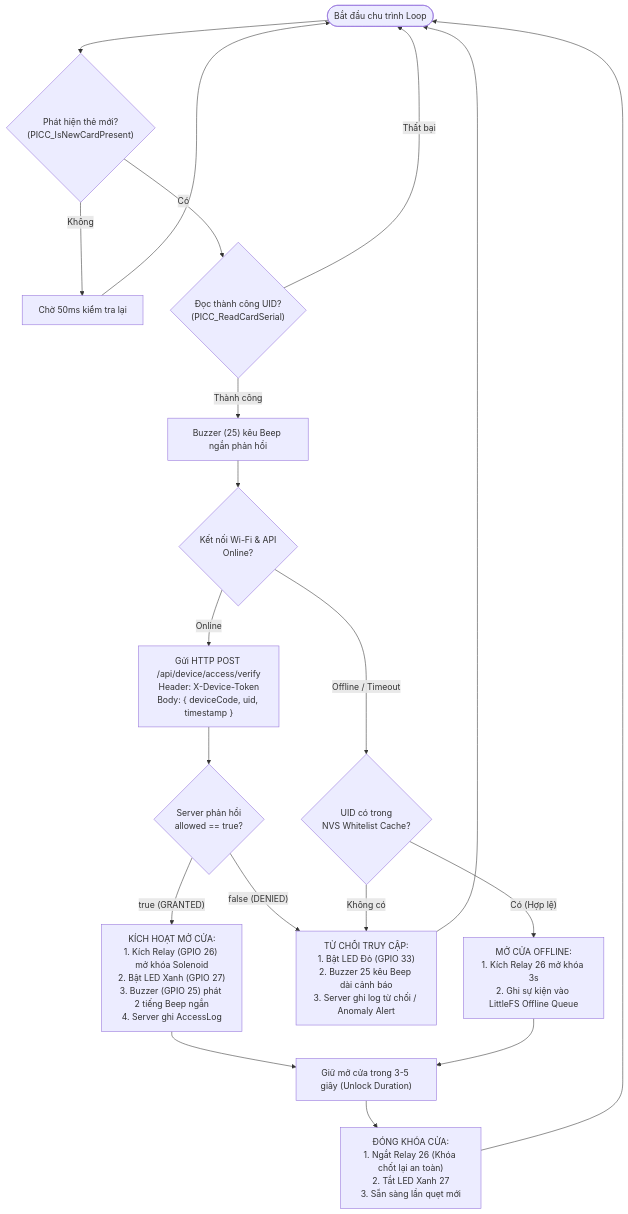
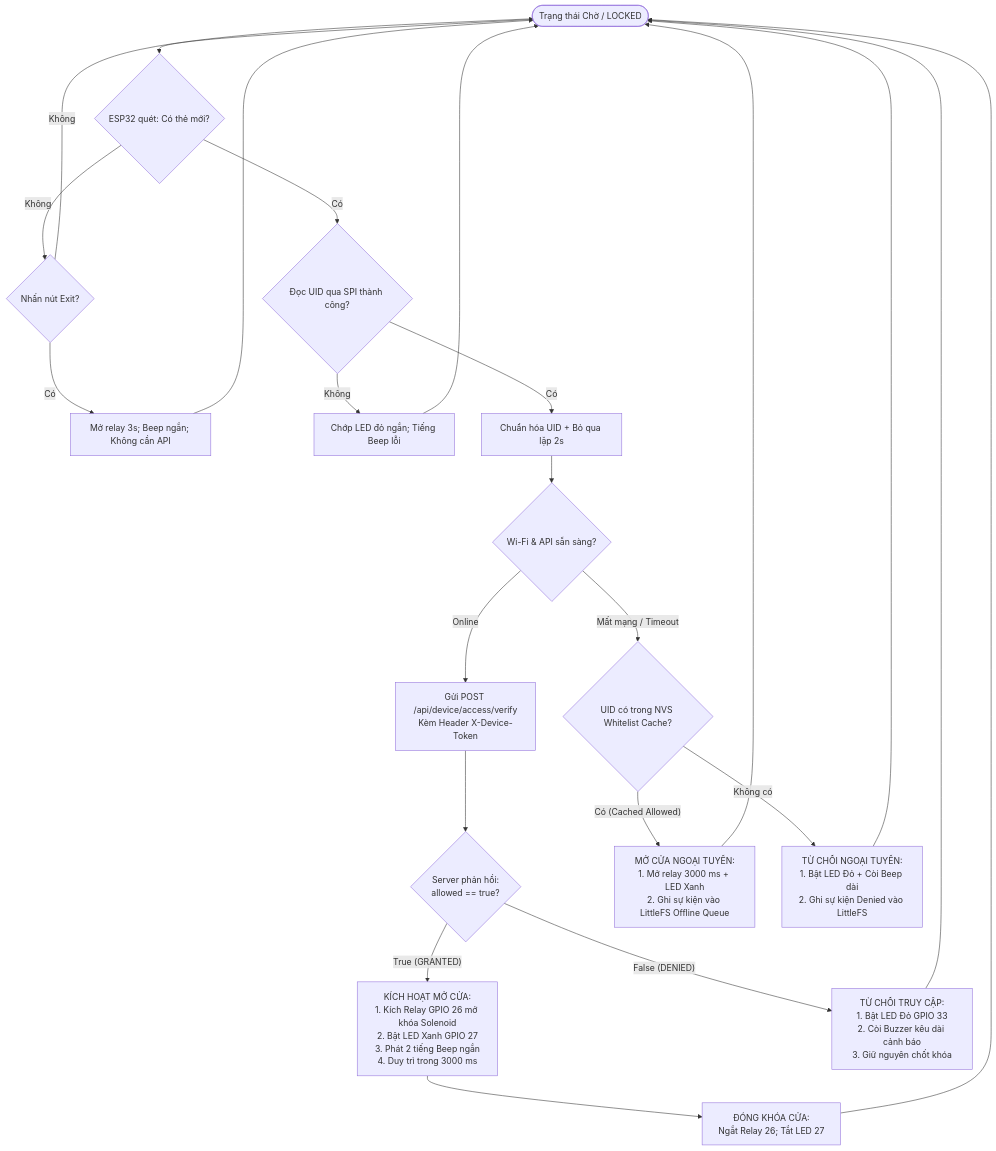
One commit to NguyenHoangUy1305/iot-rfid-access-control changed the third of 5 diagrams in docs/SO_DO_KY_THUAT_VA_LY_THUYET.md. Above: the diagram before and after it, drawn with Mermaid. The commit also changed other lines of this file and 1 other file, not shown here.

Commit message:
docs: upgrade Project 1 roadmap and technical schematics to 10/10 standard

````diff
--- a/docs/SO_DO_KY_THUAT_VA_LY_THUYET.md
+++ b/docs/SO_DO_KY_THUAT_VA_LY_THUYET.md
@@ -283,23 +346,24 @@
 ```mermaid
 flowchart TD
-    Start(["Bắt đầu chu trình Loop"]) --> DetectCard{"Phát hiện thẻ mới?<br/>(PICC_IsNewCardPresent)"}
-    DetectCard -- Không --> Wait["Chờ 50ms kiểm tra lại"] --> Start
-    DetectCard -- Có --> ReadUID{"Đọc thành công UID?<br/>(PICC_ReadCardSerial)"}
-    ReadUID -- Thất bại --> Start
-    ReadUID -- Thành công --> BeepShort["Buzzer (25) kêu Beep ngắn phản hồi"]
+    Start([Trạng thái Chờ / LOCKED]) --> PollCard{ESP32 quét: Có thẻ mới?}
+    PollCard -- Không --> CheckExit{Nhấn nút Exit?}
+    CheckExit -- Có --> OpenExit[Mở relay 3s; Beep ngắn; Không cần API] --> Start
+    CheckExit -- Không --> Start
 
-    BeepShort --> CheckWifi{"Kết nối Wi-Fi & API<br/>Online?"}
+    PollCard -- Có --> ReadUID{Đọc UID qua SPI thành công?}
+    ReadUID -- Không --> ErrorIndicate[Chớp LED đỏ ngắn; Tiếng Beep lỗi] --> Start
+    ReadUID -- Có --> Normalize[Chuẩn hóa UID + Bỏ qua lặp 2s]
 
-    CheckWifi -- Online --> SendAPI["Gửi HTTP POST /api/device/access/verify<br/>Header: X-Device-Token<br/>Body: { deviceCode, uid, timestamp }"]
-    SendAPI --> RecvResponse{"Server phản hồi<br/>allowed == true?"}
+    Normalize --> CheckNet{Wi-Fi & API sẵn sàng?}
+    CheckNet -- Online --> CallAPI[Gửi POST /api/device/access/verify<br/>Kèm Header X-Device-Token]
 
-    RecvResponse -- true (GRANTED) --> OpenDoor["KÍCH HOẠT MỞ CỬA:<br/>1. Kích Relay (GPIO 26) mở khóa Solenoid<br/>2. Bật LED Xanh (GPIO 27)<br/>3. Buzzer (GPIO 25) phát 2 tiếng Beep ngắn<br/>4. Server ghi AccessLog"]
-    OpenDoor --> TimerUnlock["Giữ mở cửa trong 3-5 giây (Unlock Duration)"]
-    TimerUnlock --> CloseDoor["ĐÓNG KHÓA CỬA:<br/>1. Ngắt Relay 26 (Khóa chốt lại an toàn)<br/>2. Tắt LED Xanh 27<br/>3. Sẵn sàng lần quẹt mới"] --> Start
+    CallAPI --> ServerAuth{Server phản hồi:<br/>allowed == true?}
+    ServerAuth -- True (GRANTED) --> UnlockAction[KÍCH HOẠT MỞ CỬA:<br/>1. Kích Relay GPIO 26 mở khóa Solenoid<br/>2. Bật LED Xanh GPIO 27<br/>3. Phát 2 tiếng Beep ngắn<br/>4. Duy trì trong 3000 ms]
+    UnlockAction --> RelockAction[ĐÓNG KHÓA CỬA:<br/>Ngắt Relay 26; Tắt LED 27] --> Start
 
-    RecvResponse -- false (DENIED) --> RejectAccess["TỪ CHỐI TRUY CẬP:<br/>1. Bật LED Đỏ (GPIO 33)<br/>2. Buzzer 25 kêu Beep dài cảnh báo<br/>3. Server ghi log từ chối / Anomaly Alert"] --> Start
+    ServerAuth -- False (DENIED) --> DenyAction[TỪ CHỐI TRUY CẬP:<br/>1. Bật LED Đỏ GPIO 33<br/>2. Còi Buzzer kêu dài cảnh báo<br/>3. Giữ nguyên chốt khóa] --> Start
 
-    CheckWifi -- Offline / Timeout --> CheckCache{"UID có trong<br/>NVS Whitelist Cache?"}
-    CheckCache -- Có (Hợp lệ) --> OpenDoorOffline["MỞ CỬA OFFLINE:<br/>1. Kích Relay 26 mở khóa 3s<br/>2. Ghi sự kiện vào LittleFS Offline Queue"] --> TimerUnlock
-    CheckCache -- Không có --> RejectAccess
+    CheckNet -- Mất mạng / Timeout --> CheckCache{UID có trong NVS Whitelist Cache?}
+    CheckCache -- Có (Cached Allowed) --> OfflineUnlock[MỞ CỬA NGOẠI TUYẾN:<br/>1. Mở relay 3000 ms + LED Xanh<br/>2. Ghi sự kiện vào LittleFS Offline Queue] --> Start
+    CheckCache -- Không có --> OfflineDeny[TỪ CHỐI NGOẠI TUYẾN:<br/>1. Bật LED Đỏ + Còi Beep dài<br/>2. Ghi sự kiện Denied vào LittleFS] --> Start
 ```
````
